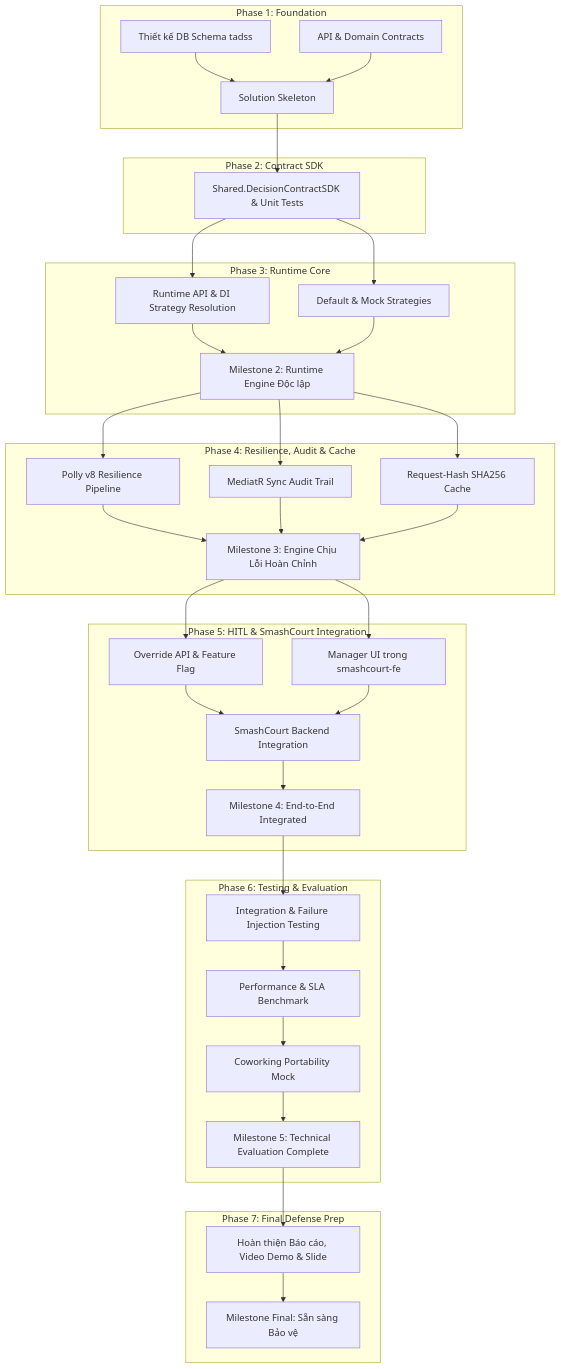
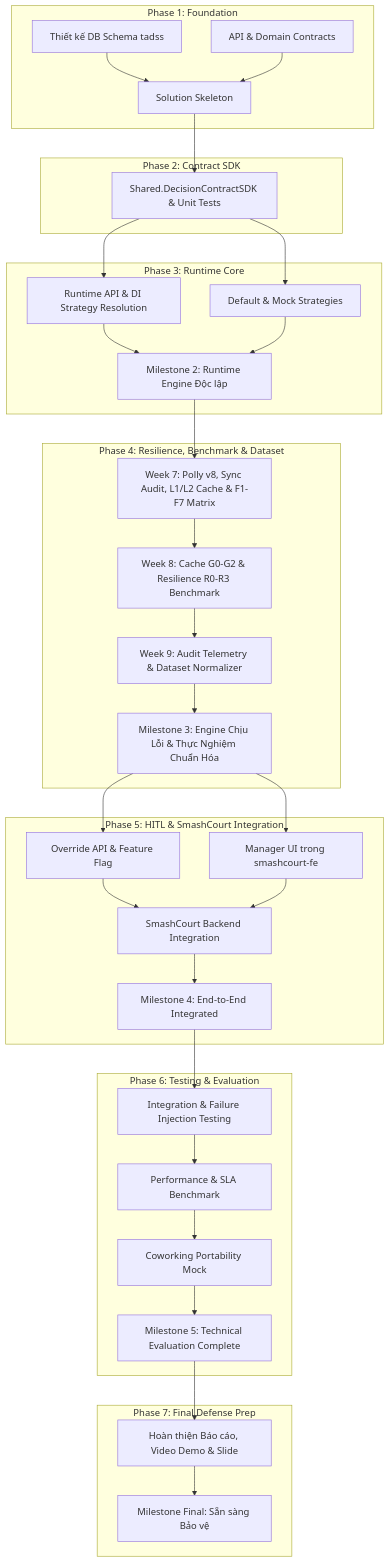
Before and after one commit to NguyenThanhTrung-N2T/TrustworthyAdaptiveDecisionSupportSystem-TADSS: the diagram in docs/planning/MASTER_EXECUTION_PLAN.md, drawn with Mermaid. The commit also changed other lines of this file and 31 other files, not shown here.

````diff
--- a/docs/planning/MASTER_EXECUTION_PLAN.md
+++ b/docs/planning/MASTER_EXECUTION_PLAN.md
@@ -35,47 +35,45 @@
 ```mermaid
 flowchart TD
     subgraph P1 [Phase 1: Foundation]
         F1[Thiết kế DB Schema tadss] --> F3[Solution Skeleton]
         F2[API & Domain Contracts] --> F3
     end
 
     subgraph P2 [Phase 2: Contract SDK]
         F3 --> SDK[Shared.DecisionContractSDK & Unit Tests]
     end
 
     subgraph P3 [Phase 3: Runtime Core]
         SDK --> RT[Runtime API & DI Strategy Resolution]
         SDK --> ST[Default & Mock Strategies]
         RT --> M2[Milestone 2: Runtime Engine Độc lập]
         ST --> M2
     end
 
-    subgraph P4 [Phase 4: Resilience, Audit & Cache]
-        M2 --> POL[Polly v8 Resilience Pipeline]
-        M2 --> AUD[MediatR Sync Audit Trail]
-        M2 --> CAC[Request-Hash SHA256 Cache]
-        POL --> M3[Milestone 3: Engine Chịu Lỗi Hoàn Chỉnh]
-        AUD --> M3
-        CAC --> M3
+    subgraph P4 [Phase 4: Resilience, Benchmark & Dataset]
+        M2 --> POL[Week 7: Polly v8, Sync Audit, L1/L2 Cache & F1-F7 Matrix]
+        POL --> BMK[Week 8: Cache G0-G2 & Resilience R0-R3 Benchmark]
+        BMK --> DSN[Week 9: Audit Telemetry & Dataset Normalizer]
+        DSN --> M3[Milestone 3: Engine Chịu Lỗi & Thực Nghiệm Chuẩn Hóa]
     end
 
     subgraph P5 [Phase 5: HITL & SmashCourt Integration]
         M3 --> OVR[Override API & Feature Flag]
         M3 --> DASH[Manager UI trong smashcourt-fe]
         OVR --> INT[SmashCourt Backend Integration]
         DASH --> INT
         INT --> M4[Milestone 4: End-to-End Integrated]
     end
 
     subgraph P6 [Phase 6: Testing & Evaluation]
         M4 --> TEST[Integration & Failure Injection Testing]
         TEST --> PERF[Performance & SLA Benchmark]
         PERF --> PORT[Coworking Portability Mock]
         PORT --> M5[Milestone 5: Technical Evaluation Complete]
     end
 
     subgraph P7 [Phase 7: Final Defense Prep]
         M5 --> DOC[Hoàn thiện Báo cáo, Video Demo & Slide]
         DOC --> M6[Milestone Final: Sẵn sàng Bảo vệ]
     end
 ```
````
